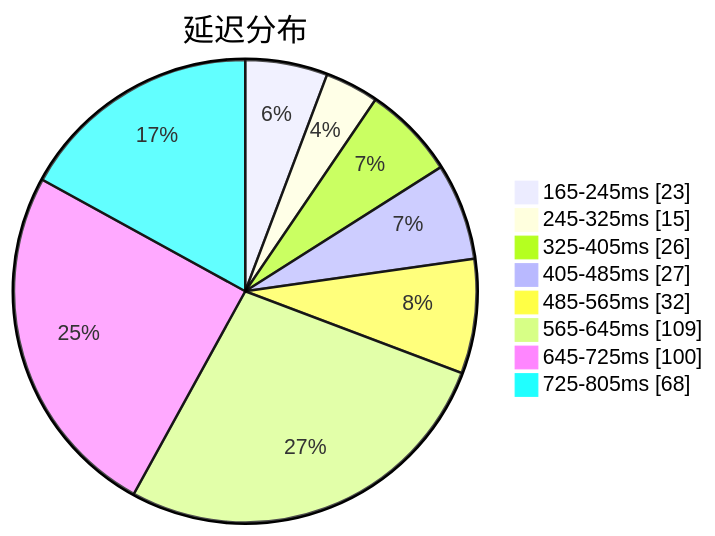
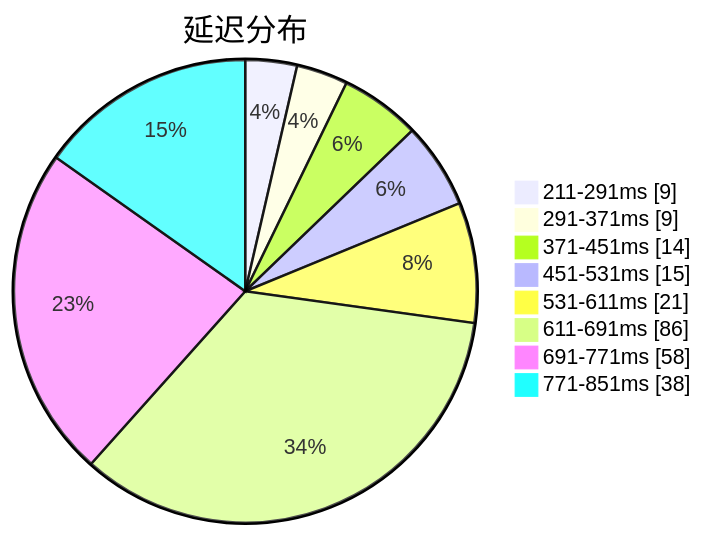
One commit to qjlxg/airport changed the first of 3 diagrams in subs/statistics/tested_within.md. Above: the diagram before and after it, drawn with Mermaid. The commit also changed other lines of this file and 2 other files, not shown here.

Commit message:
Tested by metaST

````diff
--- a/subs/statistics/tested_within.md
+++ b/subs/statistics/tested_within.md
@@ -2,12 +2,12 @@
 ```mermaid
 pie showData
 title 延迟分布
-"165-245ms" : 23
-"245-325ms" : 15
-"325-405ms" : 26
-"405-485ms" : 27
-"485-565ms" : 32
-"565-645ms" : 109
-"645-725ms" : 100
-"725-805ms" : 68
+"211-291ms" : 9
+"291-371ms" : 9
+"371-451ms" : 14
+"451-531ms" : 15
+"531-611ms" : 21
+"611-691ms" : 86
+"691-771ms" : 58
+"771-851ms" : 38
 ```
````
